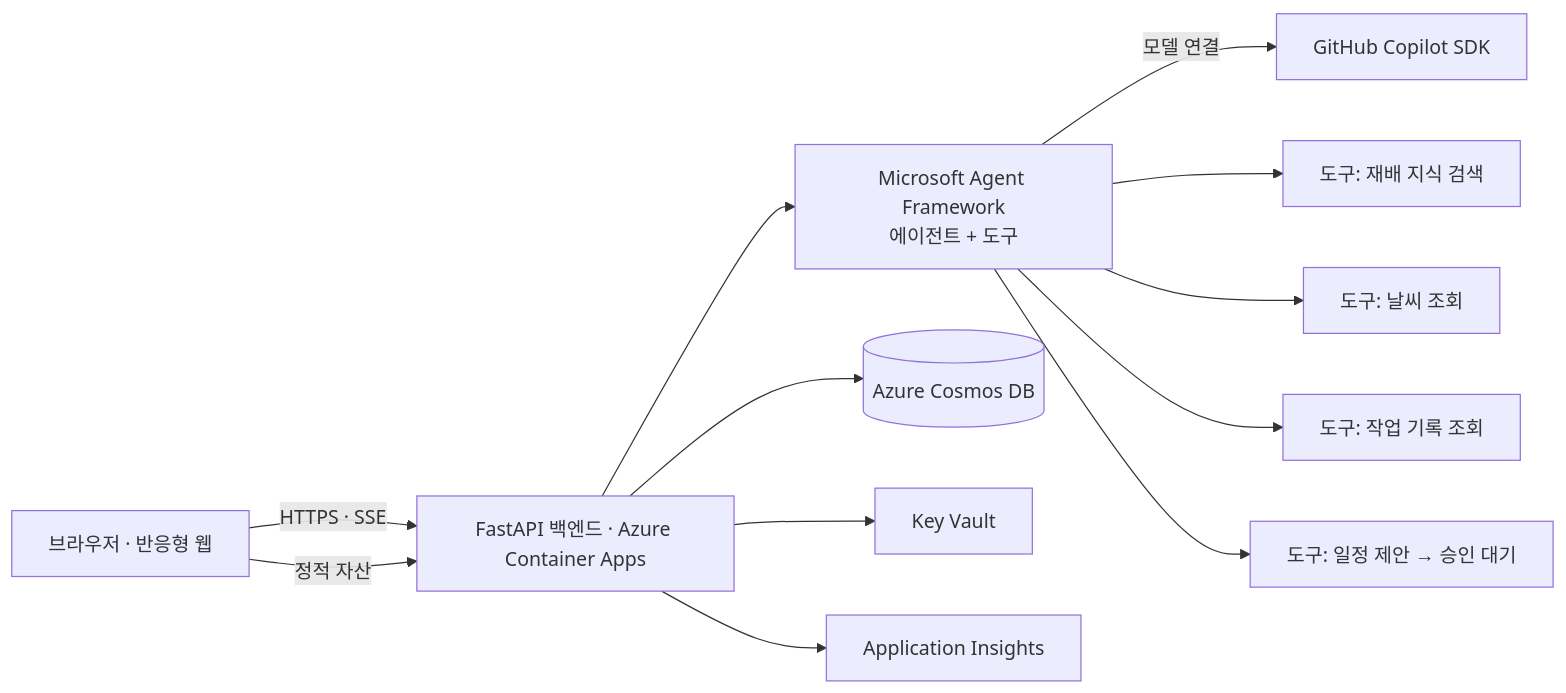
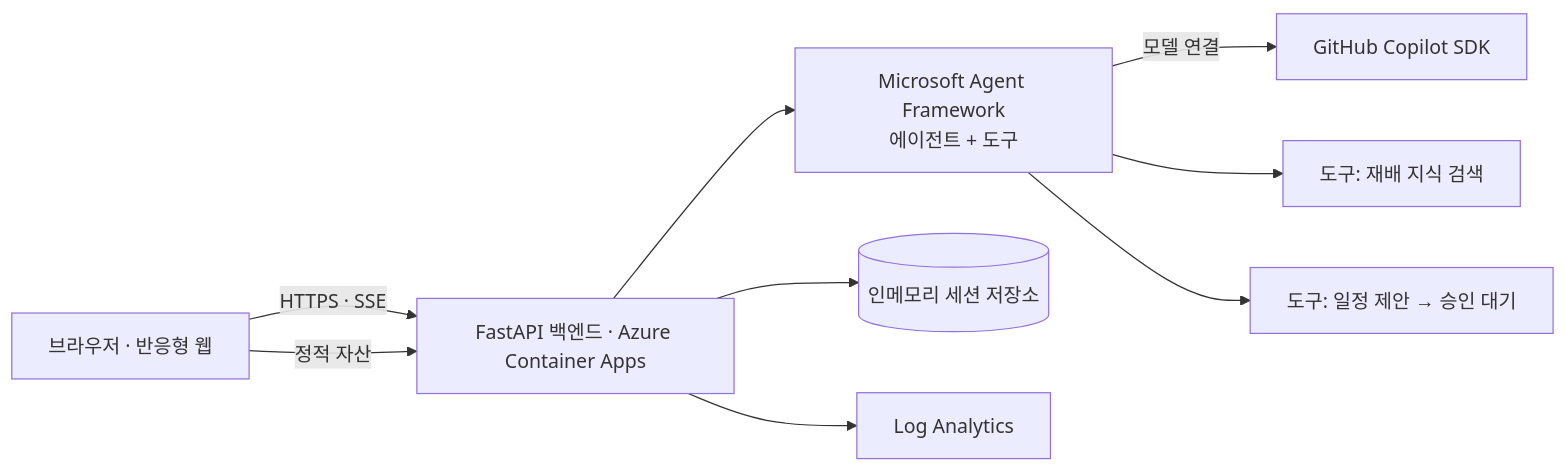
The diagram in references/TRD.md (Beta093/Cheongdo_hackathon), drawn with Mermaid before and after one commit. The commit also changed other lines of this file and 3 other files, not shown here.

````diff
--- a/references/TRD.md
+++ b/references/TRD.md
@@ -6,14 +6,11 @@
 ```mermaid
 flowchart LR
   U[브라우저 · 반응형 웹] -->|HTTPS · SSE| API[FastAPI 백엔드 · Azure Container Apps]
   U -->|정적 자산| API
   API --> AF[Microsoft Agent Framework<br/>에이전트 + 도구]
   AF -->|모델 연결| SDK[GitHub Copilot SDK]
   AF --> T1[도구: 재배 지식 검색]
-  AF --> T2[도구: 날씨 조회]
-  AF --> T3[도구: 작업 기록 조회]
   AF --> T4[도구: 일정 제안 → 승인 대기]
-  API --> DB[(Azure Cosmos DB)]
-  API --> KV[Key Vault]
-  API --> AI[Application Insights]
+  API --> MEM[(인메모리 세션 저장소)]
+  API --> LA[Log Analytics]
 ```
````
